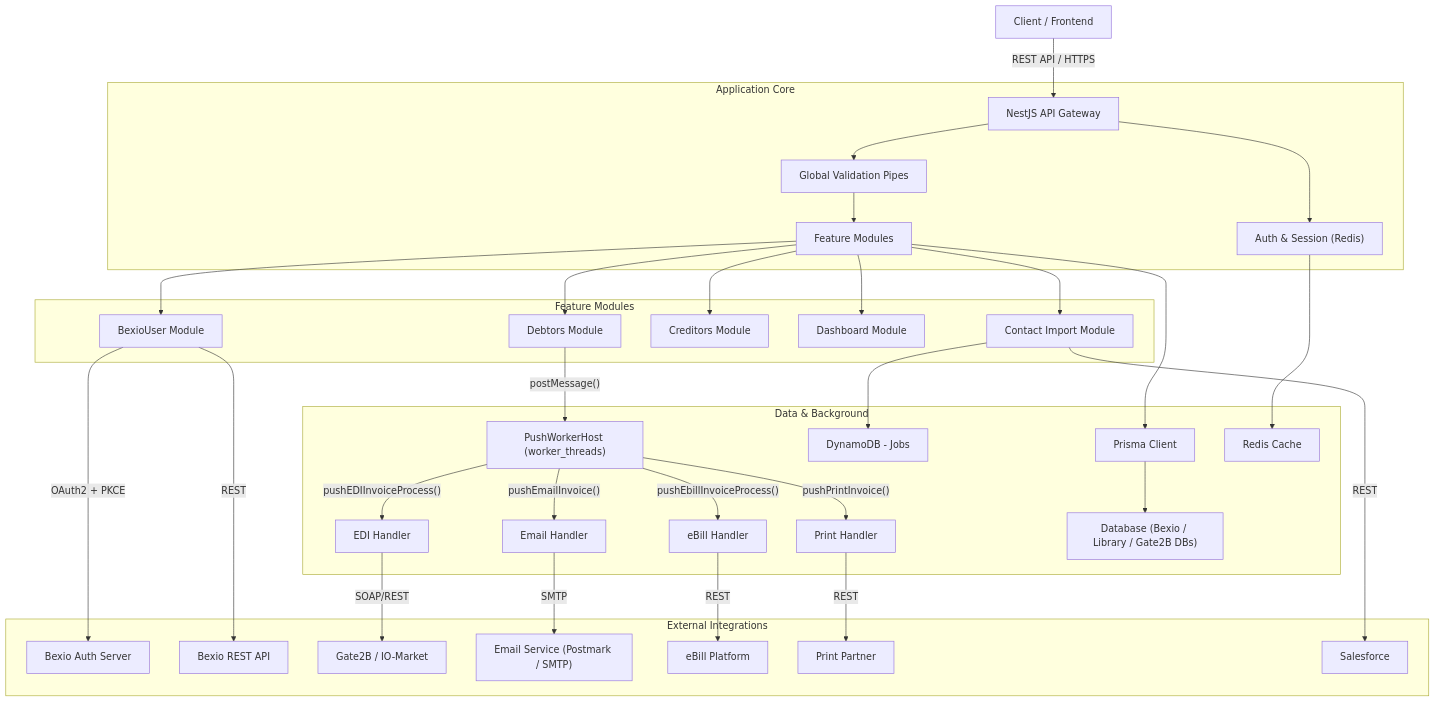
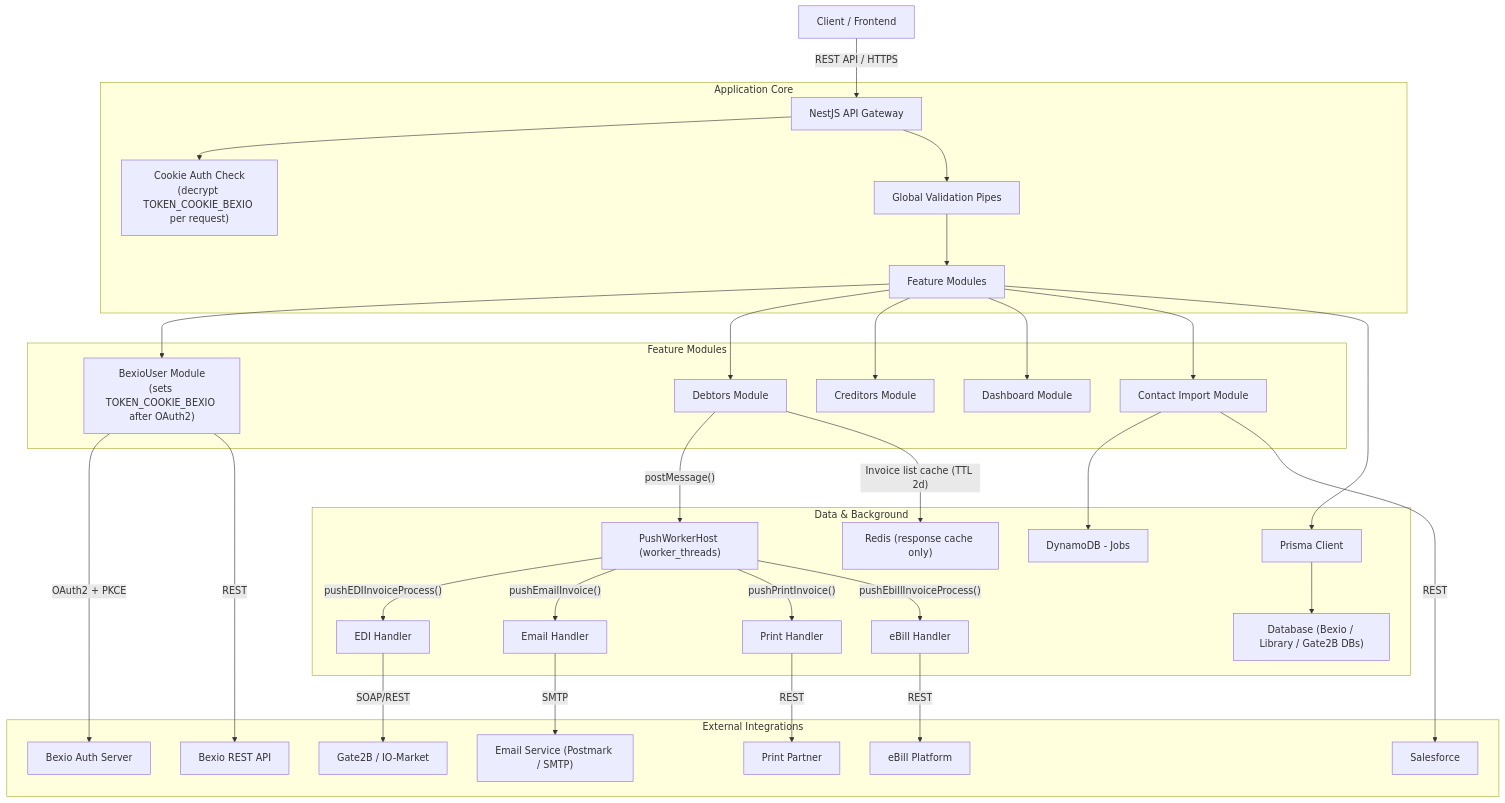
Before and after one commit to sreerajmp/bexio-backend: the first of 3 diagrams in docs/architecture.md, drawn with Mermaid. The commit also changed other lines of this file, not shown here.

Commit message:
update architecture

````diff
--- a/docs/architecture.md
+++ b/docs/architecture.md
@@ -9,40 +9,40 @@
 ```mermaid
 flowchart TD
     Client["Client / Frontend"] -->|REST API / HTTPS| API_Gateway["NestJS API Gateway"]
 
     subgraph "Application Core"
-        API_Gateway --> Auth["Auth & Session (Redis)"]
+        API_Gateway --> CookieCheck["Cookie Auth Check\n(decrypt TOKEN_COOKIE_BEXIO per request)"]
         API_Gateway --> Pipes["Global Validation Pipes"]
         Pipes --> Modules["Feature Modules"]
     end
 
     subgraph "Feature Modules"
-        Modules --> UserMod["BexioUser Module"]
+        Modules --> UserMod["BexioUser Module\n(sets TOKEN_COOKIE_BEXIO after OAuth2)"]
         Modules --> DebtorsMod["Debtors Module"]
         Modules --> CreditorsMod["Creditors Module"]
         Modules --> DashboardMod["Dashboard Module"]
         Modules --> ContactMod["Contact Import Module"]
     end
 
     subgraph "Data & Background"
         DebtorsMod -->|"postMessage()"| PushWorker["PushWorkerHost (worker_threads)"]
         PushWorker -->|"pushEDIInvoiceProcess()"| EDIFn["EDI Handler"]
         PushWorker -->|"pushEmailInvoice()"| EmailFn["Email Handler"]
         PushWorker -->|"pushPrintInvoice()"| PrintFn["Print Handler"]
         PushWorker -->|"pushEbillInvoiceProcess()"| EbillFn["eBill Handler"]
         ContactMod --> DynamoDB["DynamoDB - Jobs"]
         Modules --> Prisma["Prisma Client"]
         Prisma --> DB["Database (Bexio / Library / Gate2B DBs)"]
-        Auth --> Redis["Redis Cache"]
+        DebtorsMod -->|"Invoice list cache (TTL 2d)"| Redis["Redis (response cache only)"]
     end
 
     subgraph "External Integrations"
         UserMod -->|"OAuth2 + PKCE"| BexioAuth["Bexio Auth Server"]
         UserMod -->|"REST"| BexioAPI["Bexio REST API"]
         EDIFn -->|"SOAP/REST"| Gate2B["Gate2B / IO-Market"]
         EmailFn -->|"SMTP"| EmailSvc["Email Service (Postmark / SMTP)"]
         EbillFn -->|"REST"| EbillSvc["eBill Platform"]
         PrintFn -->|"REST"| PrintSvc["Print Partner"]
         ContactMod -->|"REST"| Salesforce["Salesforce"]
     end
 ```
````
